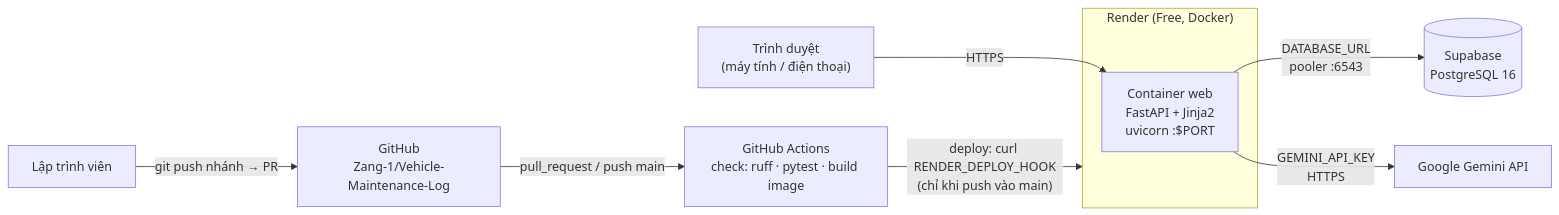
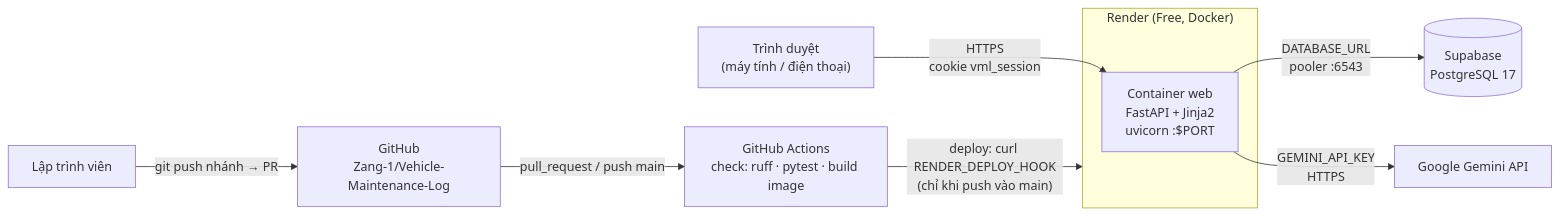
The diagram in docs/08-implementation-plan/implementation-plan.md (Zang-1/Vehicle-Maintenance-Log), drawn with Mermaid before and after one commit. The commit also changed other lines of this file and 5 other files, not shown here.

````diff
--- a/docs/08-implementation-plan/implementation-plan.md
+++ b/docs/08-implementation-plan/implementation-plan.md
@@ -27,12 +27,12 @@
 ```mermaid
 flowchart LR
-    U["Trình duyệt<br/>(máy tính / điện thoại)"] -- HTTPS --> R
+    U["Trình duyệt<br/>(máy tính / điện thoại)"] -- "HTTPS<br/>cookie vml_session" --> R
     subgraph Render["Render (Free, Docker)"]
         R["Container web<br/>FastAPI + Jinja2<br/>uvicorn :$PORT"]
     end
-    R -- "DATABASE_URL<br/>pooler :6543" --> S[("Supabase<br/>PostgreSQL 16")]
+    R -- "DATABASE_URL<br/>pooler :6543" --> S[("Supabase<br/>PostgreSQL 17")]
     R -- "GEMINI_API_KEY<br/>HTTPS" --> G["Google Gemini API"]
     Dev["Lập trình viên"] -- "git push nhánh → PR" --> GH["GitHub<br/>Zang-1/Vehicle-Maintenance-Log"]
     GH -- "pull_request / push main" --> GA["GitHub Actions<br/>check: ruff · pytest · build image"]
     GA -- "deploy: curl RENDER_DEPLOY_HOOK<br/>(chỉ khi push vào main)" --> Render
 ```
````
